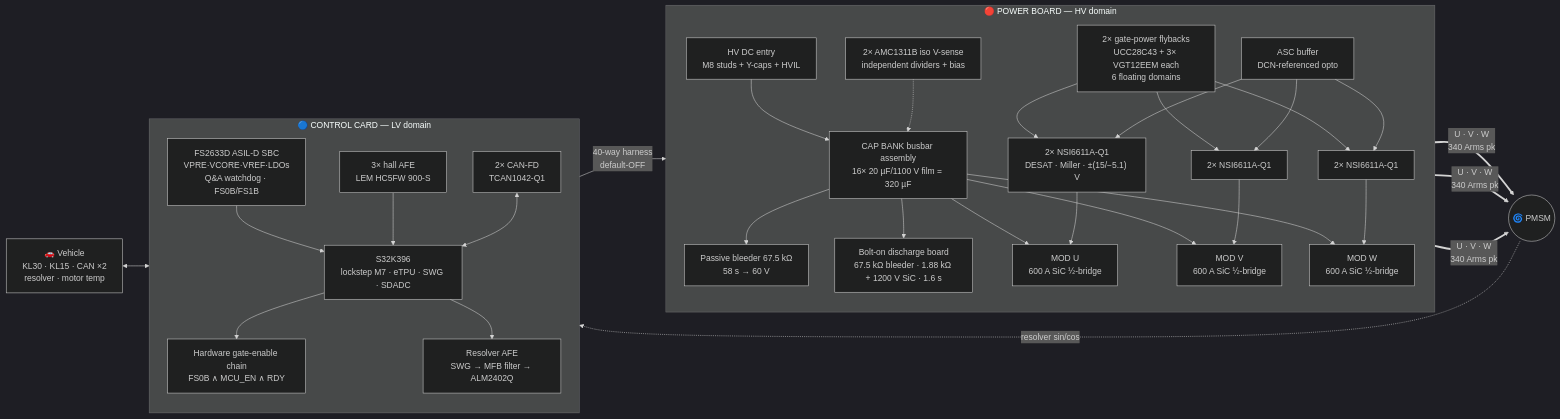
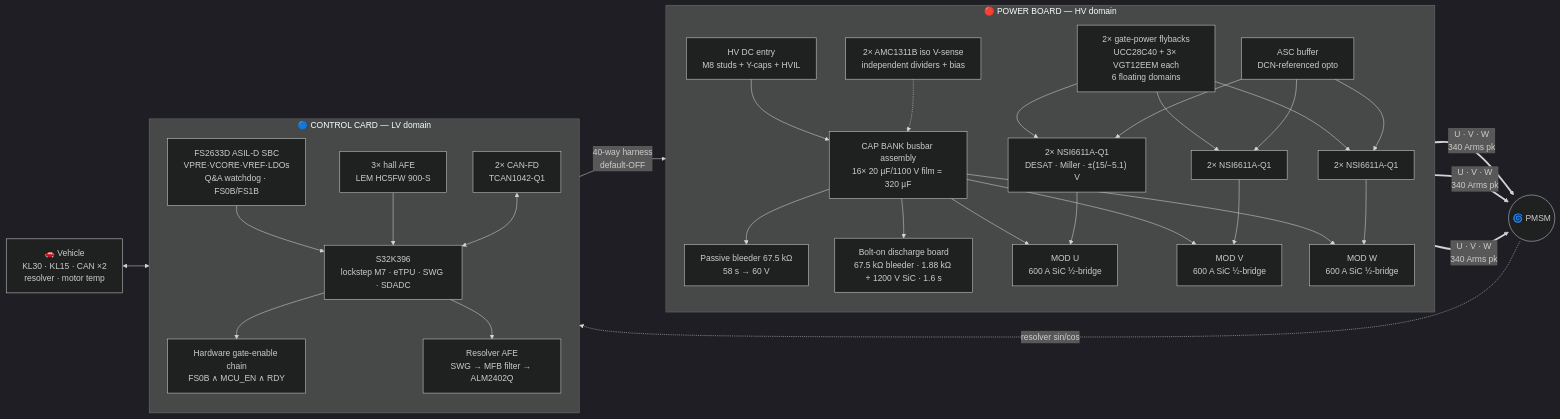
One commit to vectivolt/Traction-Inverter-GEN-1 changed the first of 9 diagrams in README.md. Above: the diagram before and after it, drawn with Mermaid (dark theme). The commit also changed other lines of this file and 37 other files, not shown here.

````diff
--- a/README.md
+++ b/README.md
@@ -165,35 +166,35 @@
 ```mermaid
 flowchart LR
   subgraph HV["🔴 POWER BOARD — HV domain"]
     direction TB
     DCIN["HV DC entry<br/>M8 studs + Y-caps + HVIL"] --> LINK["CAP BANK busbar assembly<br/>16× 20 µF/1100 V film = 320 µF"]
     LINK --> BLEED["Passive bleeder 67.5 kΩ<br/>58 s → 60 V"]
     LINK --> ADIS["Bolt-on discharge board<br/>67.5 kΩ bleeder · 1.88 kΩ + 1200 V SiC · 1.6 s"]
     LINK --> MU["MOD U<br/>600 A SiC ½-bridge"]
     LINK --> MV["MOD V<br/>600 A SiC ½-bridge"]
     LINK --> MW["MOD W<br/>600 A SiC ½-bridge"]
     GDU["2× NSI6611A-Q1<br/>DESAT · Miller · ±(15/−5.1) V"] --> MU
     GDV["2× NSI6611A-Q1"] --> MV
     GDW["2× NSI6611A-Q1"] --> MW
-    FLY["2× gate-power flybacks<br/>UCC28C43 + 3× VGT12EEM each<br/>6 floating domains"] --> GDU & GDV & GDW
+    FLY["2× gate-power flybacks<br/>UCC28C40 + 3× VGT12EEM each<br/>6 floating domains"] --> GDU & GDV & GDW
     VDC["2× AMC1311B iso V-sense<br/>independent dividers + bias"] -.-> LINK
     ASC["ASC buffer<br/>DCN-referenced opto"] --> GDU & GDV & GDW
   end
 
   subgraph LV["🔵 CONTROL CARD — LV domain"]
     direction TB
     SBC["FS2633D ASIL-D SBC<br/>VPRE·VCORE·VREF·LDOs<br/>Q&A watchdog · FS0B/FS1B"] --> MCU["S32K396<br/>lockstep M7 · eTPU · SWG · SDADC"]
     MCU --> SAFE["Hardware gate-enable chain<br/>FS0B ∧ MCU_EN ∧ RDY"]
     MCU --> RSLV["Resolver AFE<br/>SWG → MFB filter → ALM2402Q"]
     HALL["3× hall AFE<br/>LEM HC5FW 900-S"] --> MCU
     CAN["2× CAN-FD<br/>TCAN1042-Q1"] <--> MCU
   end
 
   MOTOR(("🌀 PMSM"))
   VEH["🚗 Vehicle<br/>KL30 · KL15 · CAN ×2<br/>resolver · motor temp"]
 
   MU & MV & MW ==>|"U · V · W<br/>340 Arms pk"| MOTOR
   SAFE -->|"40-way harness<br/>default-OFF"| GDU
   VEH <--> LV
   MOTOR -.->|resolver sin/cos| RSLV
 ```
````
